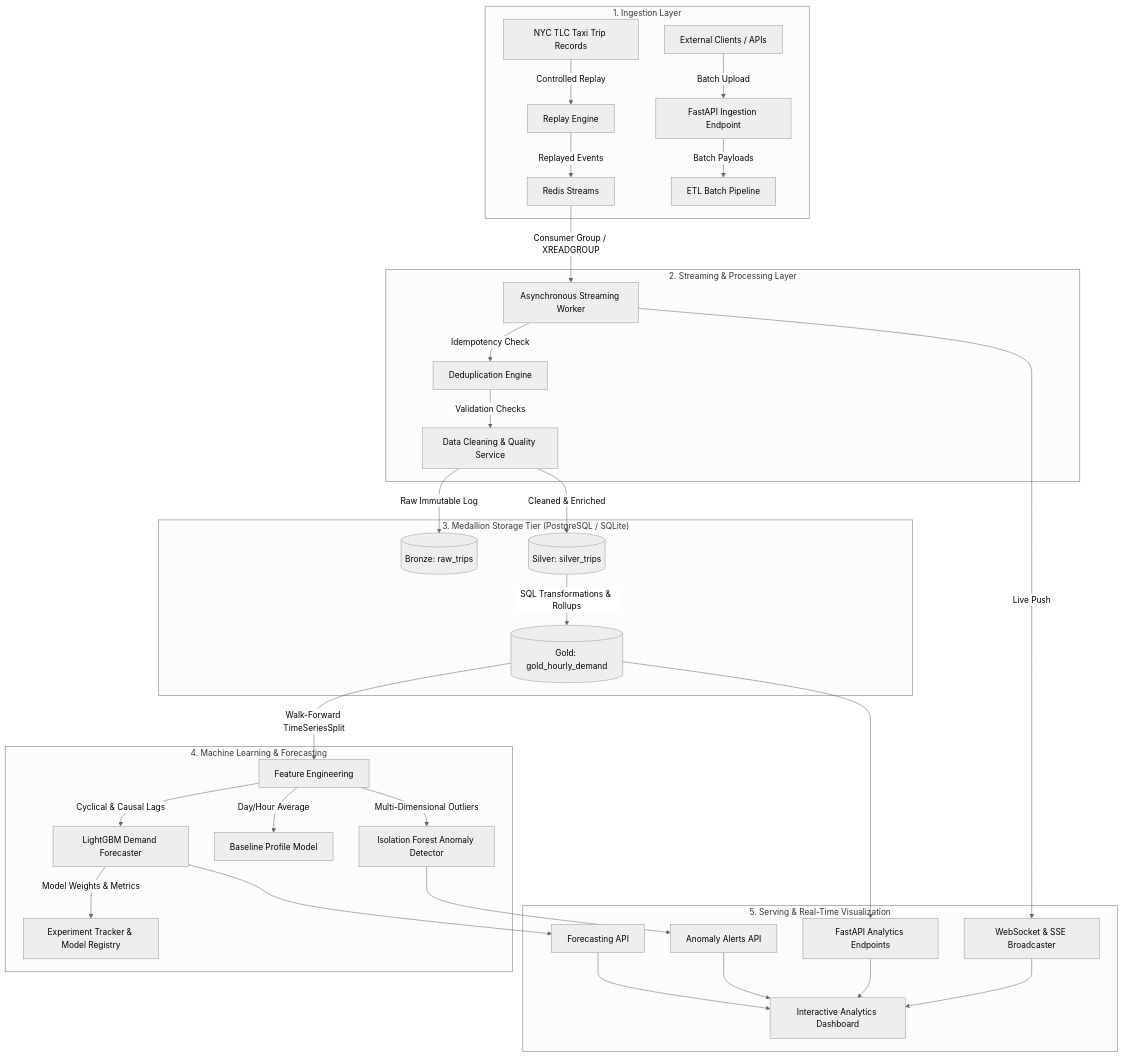
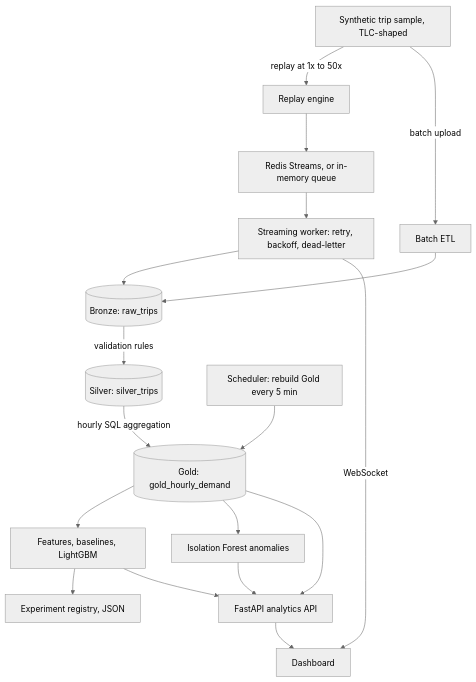
One commit to YahyaLendani/hailcast changed the diagram in README.md. Above: the diagram before and after it, drawn with Mermaid (neutral theme). The commit also changed other lines of this file and 61 other files, not shown here.

````diff
--- a/README.md
+++ b/README.md
@@ -29,40 +86,20 @@
 ```mermaid
 flowchart TD
-    subgraph INGESTION ["1. Ingestion Layer"]
-        A1[NYC TLC Taxi Trip Records] -->|Controlled Replay| B1[Replay Engine]
-        A2[External Clients / APIs] -->|Batch Upload| B2[FastAPI Ingestion Endpoint]
-        B1 -->|Replayed Events| C1[Redis Streams]
-        B2 -->|Batch Payloads| C2[ETL Batch Pipeline]
-    end
-
-    subgraph STREAMING ["2. Streaming & Processing Layer"]
-        C1 -->|Consumer Group / XREADGROUP| D1[Asynchronous Streaming Worker]
-        D1 -->|Idempotency Check| E1[Deduplication Engine]
-        E1 -->|Validation Checks| F1[Data Cleaning & Quality Service]
-    end
-
-    subgraph STORAGE ["3. Medallion Storage Tier (PostgreSQL / SQLite)"]
-        F1 -->|Raw Immutable Log| G1[(Bronze: raw_trips)]
-        F1 -->|Cleaned & Enriched| G2[(Silver: silver_trips)]
-        G2 -->|SQL Transformations & Rollups| G3[(Gold: gold_hourly_demand)]
-    end
-
-    subgraph ML ["4. Machine Learning & Forecasting"]
-        G3 -->|Walk-Forward TimeSeriesSplit| H1[Feature Engineering]
-        H1 -->|Cyclical & Causal Lags| H2[LightGBM Demand Forecaster]
-        H1 -->|Day/Hour Average| H3[Baseline Profile Model]
-        H1 -->|Multi-Dimensional Outliers| H4[Isolation Forest Anomaly Detector]
-        H2 -->|Model Weights & Metrics| I1[Experiment Tracker & Model Registry]
-    end
-
-    subgraph SERVING ["5. Serving & Real-Time Visualization"]
-        G3 --> J1[FastAPI Analytics Endpoints]
-        H2 --> J2[Forecasting API]
-        H4 --> J3[Anomaly Alerts API]
-        D1 -->|Live Push| K1[WebSocket & SSE Broadcaster]
-        J1 --> L1[Interactive Analytics Dashboard]
-        J2 --> L1
-        J3 --> L1
-        K1 --> L1
-    end
+    A[Synthetic trip sample, TLC-shaped] -->|replay at 1x to 50x| B[Replay engine]
+    A -->|batch upload| C[Batch ETL]
+    B --> D[Redis Streams, or in-memory queue]
+    D --> E[Streaming worker: retry, backoff, dead-letter]
+    E --> F[(Bronze: raw_trips)]
+    C --> F
+    F -->|validation rules| G[(Silver: silver_trips)]
+    G -->|hourly SQL aggregation| H[(Gold: gold_hourly_demand)]
+    S[Scheduler: rebuild Gold every 5 min] --> H
+    H --> I[Features, baselines, LightGBM]
+    H --> J[Isolation Forest anomalies]
+    I --> K[Experiment registry, JSON]
+    H --> L[FastAPI analytics API]
+    I --> L
+    J --> L
+    E -->|WebSocket| M[Dashboard]
+    L --> M
 ```
````
